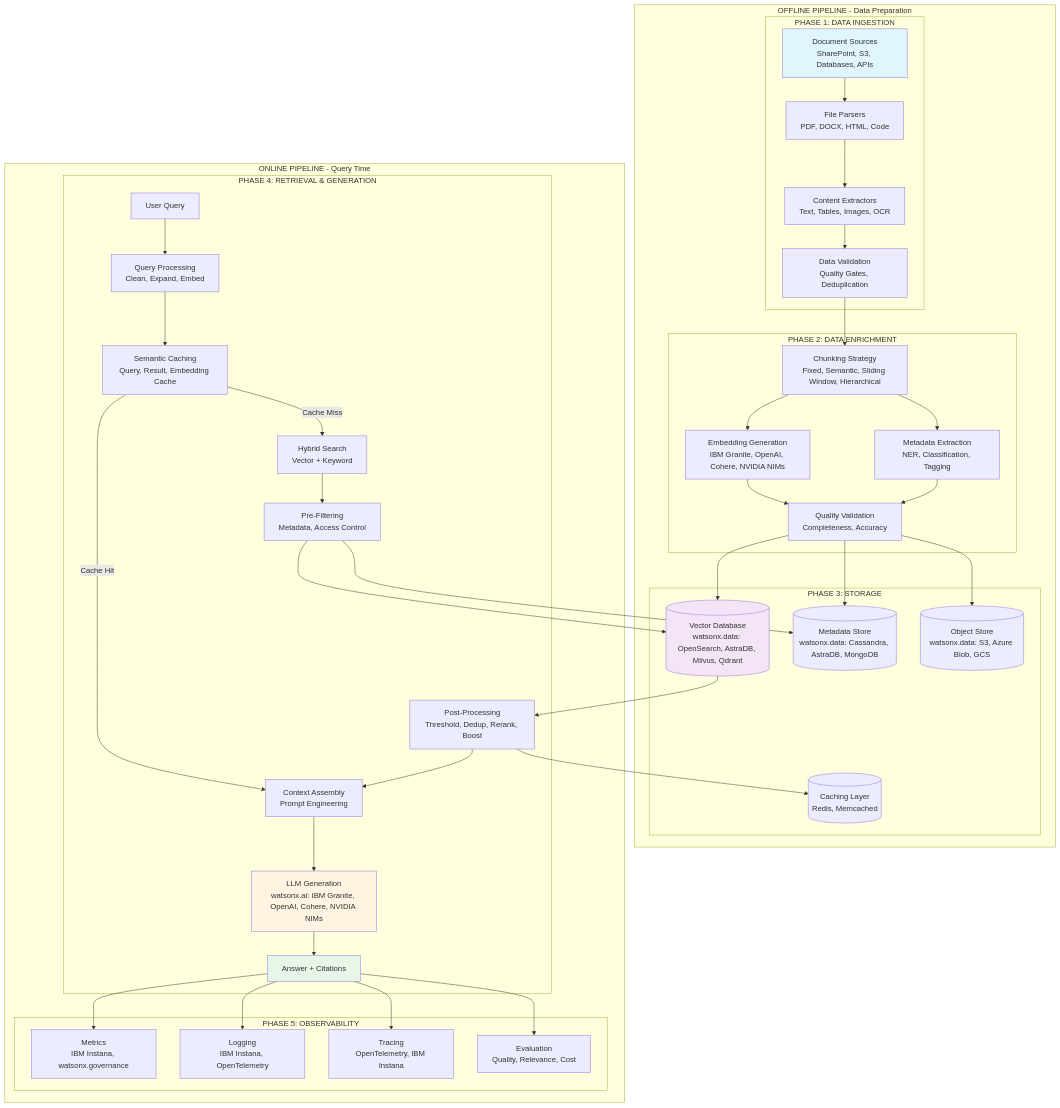
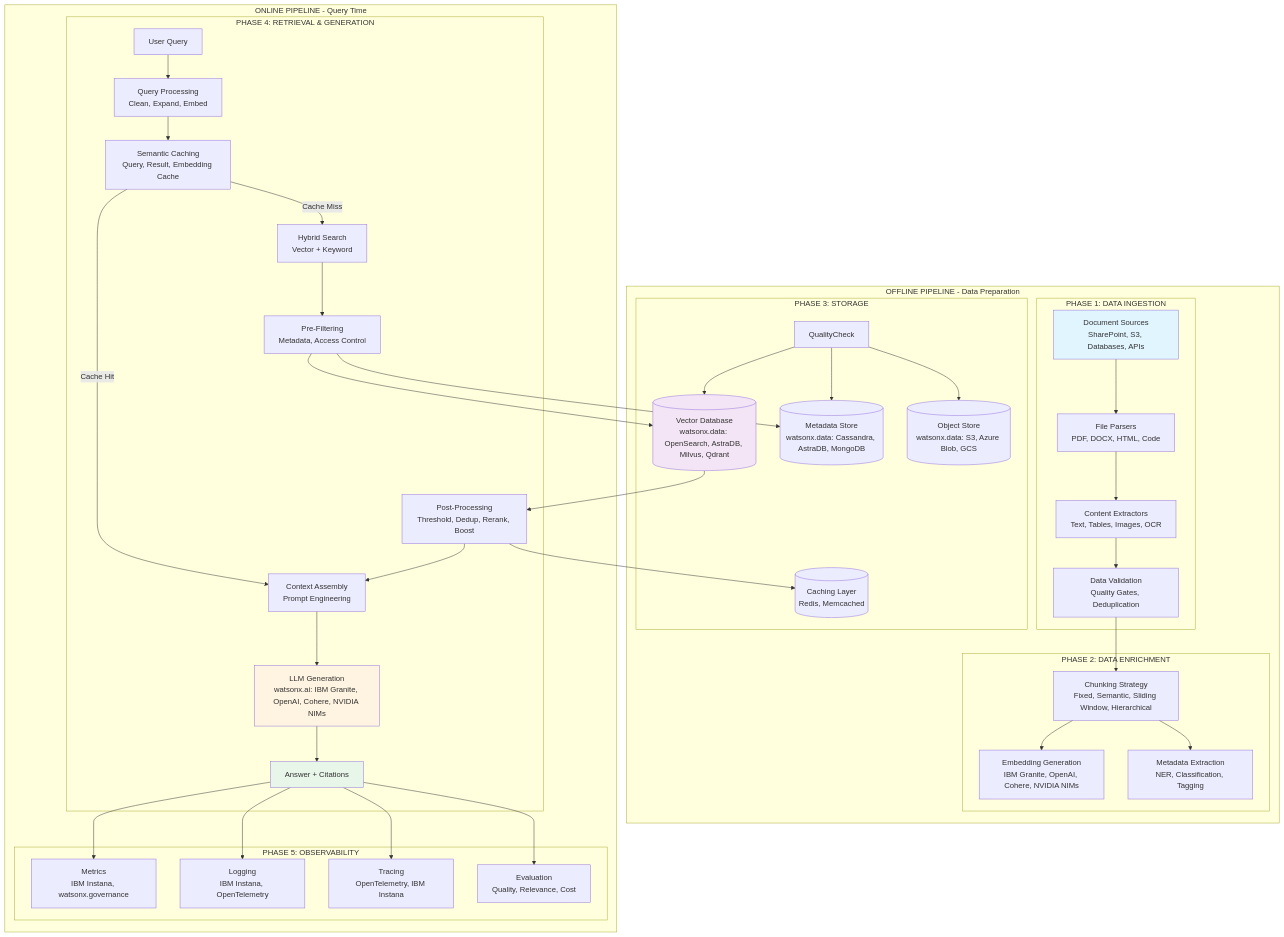
The first of 5 diagrams in Enterprise_RAG_Architecture_Guide.md (pravinbhat/pravinbhat.github.io), drawn with Mermaid before and after one commit. The commit also changed other lines of this file, not shown here.

Commit message:
Updated data validation section and removed redundant content.

```diff
--- a/Enterprise_RAG_Architecture_Guide.md
+++ b/Enterprise_RAG_Architecture_Guide.md
@@ -124,13 +124,10 @@
             Chunking[Chunking Strategy<br/>Fixed, Semantic, Sliding Window, Hierarchical]
             Embedding[Embedding Generation<br/>IBM Granite, OpenAI, Cohere, NVIDIA NIMs]
             Metadata[Metadata Extraction<br/>NER, Classification, Tagging]
-            QualityCheck[Quality Validation<br/>Completeness, Accuracy]
             
             Validation --> Chunking
             Chunking --> Embedding
             Chunking --> Metadata
-            Embedding --> QualityCheck
-            Metadata --> QualityCheck
         end
         
         subgraph "PHASE 3: STORAGE"
```
